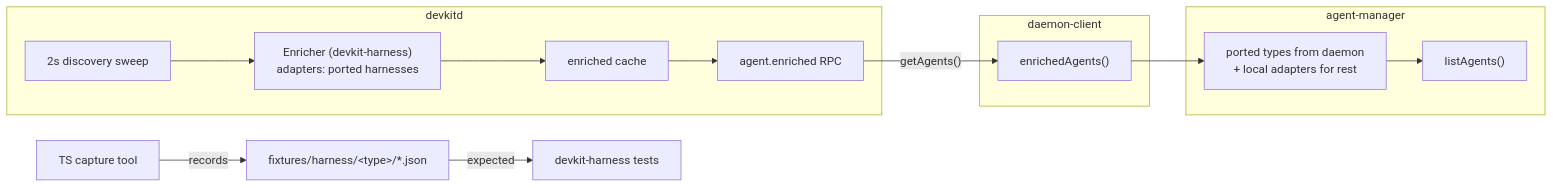
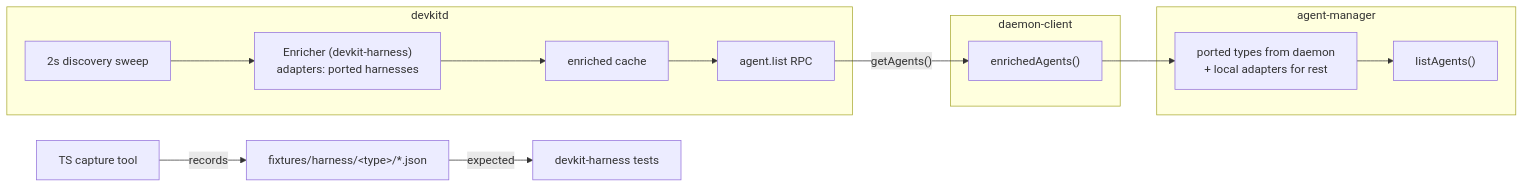
The diagram in docs/ai/design/2026-10-08-feature-harness-port-foundation.md (codeaholicguy/ai-devkit), drawn with Mermaid before and after one commit. The commit also changed other lines of this file and 16 other files, not shown here.

````diff
--- a/docs/ai/design/2026-10-08-feature-harness-port-foundation.md
+++ b/docs/ai/design/2026-10-08-feature-harness-port-foundation.md
@@ -14,17 +14,17 @@
 ```mermaid
 flowchart LR
     subgraph devkitd
         Sweep["2s discovery sweep"] --> Enrich["Enricher (devkit-harness)<br/>adapters: ported harnesses"]
         Enrich --> Cache["enriched cache"]
-        Cache --> RPC["agent.enriched RPC"]
+        Cache --> RPC["agent.list RPC"]
     end
     subgraph daemon-client
         RPC -->|"getAgents()"| Client["enrichedAgents()"]
     end
     subgraph agent-manager
         Client --> Merge["ported types from daemon<br/>+ local adapters for rest"]
         Merge --> List["listAgents()"]
     end
     Fixtures["TS capture tool"] -->|"records"| Bundles["fixtures/harness/&lt;type&gt;/*.json"]
     Bundles -->|"expected"| RustTests["devkit-harness tests"]
 ```
````
